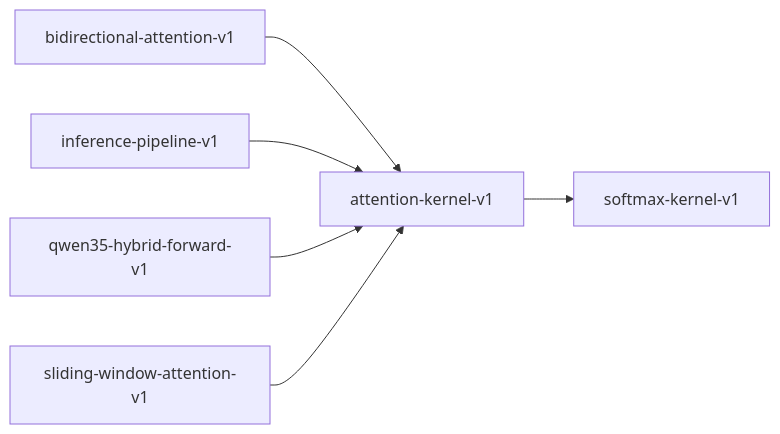
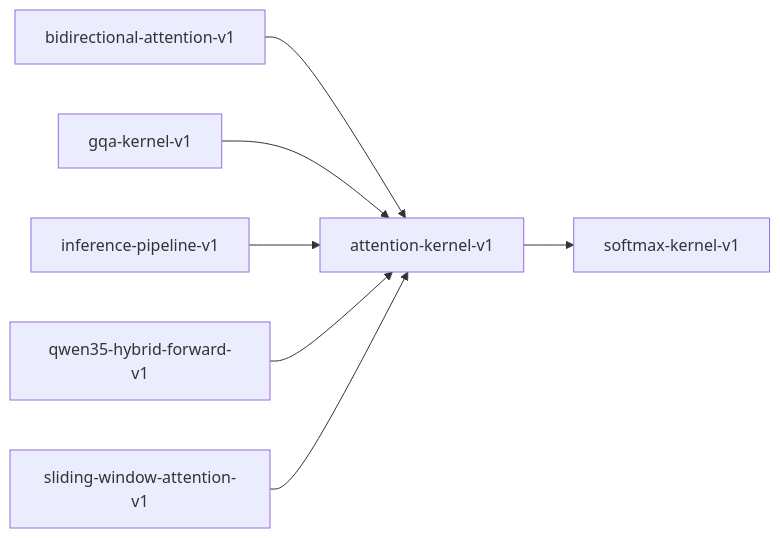
Before and after one commit to paiml/provable-contracts: the diagram in book/src/contracts/attention-kernel-v1.md, drawn with Mermaid. The commit also changed other lines of this file and 121 other files, not shown here.

````diff
--- a/book/src/contracts/attention-kernel-v1.md
+++ b/book/src/contracts/attention-kernel-v1.md
@@ -17,8 +17,9 @@
 ```mermaid
 graph LR
     attention_kernel_v1["attention-kernel-v1"] --> softmax_kernel_v1["softmax-kernel-v1"]
     bidirectional_attention_v1["bidirectional-attention-v1"] --> attention_kernel_v1["attention-kernel-v1"]
+    gqa_kernel_v1["gqa-kernel-v1"] --> attention_kernel_v1["attention-kernel-v1"]
     inference_pipeline_v1["inference-pipeline-v1"] --> attention_kernel_v1["attention-kernel-v1"]
     qwen35_hybrid_forward_v1["qwen35-hybrid-forward-v1"] --> attention_kernel_v1["attention-kernel-v1"]
     sliding_window_attention_v1["sliding-window-attention-v1"] --> attention_kernel_v1["attention-kernel-v1"]
 ```
````
